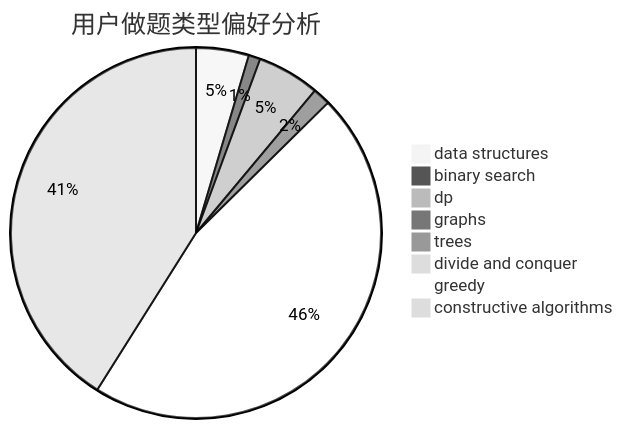
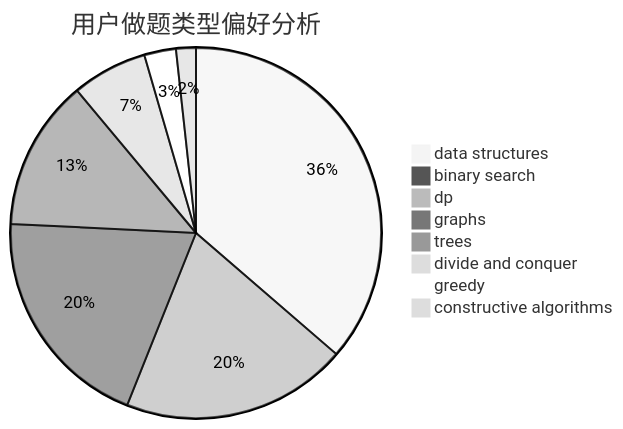
One commit to sherpahu/cfrs.github.io changed the second of 3 diagrams in docs/user/u2248.md. Above: the diagram before and after it, drawn with Mermaid (neutral theme). The commit also changed other lines of this file and 2770 other files, not shown here.

````diff
--- a/docs/user/u2248.md
+++ b/docs/user/u2248.md
@@ -23,11 +23,11 @@
 ```mermaid
 pie title 用户做题类型偏好分析
-    "data structures" :  27
-    "binary search" :  6
-    "dp" :  32
-    "graphs" :  9
-    "trees" :  0
-    "divide and conquer" :  5
-    "greedy" :  272
-    "constructive algorithms" :  241
+    "data structures" :  105
+    "binary search" :  0
+    "dp" :  57
+    "graphs" :  57
+    "trees" :  38
+    "divide and conquer" :  19
+    "greedy" :  8
+    "constructive algorithms" :  5
 ```
````
